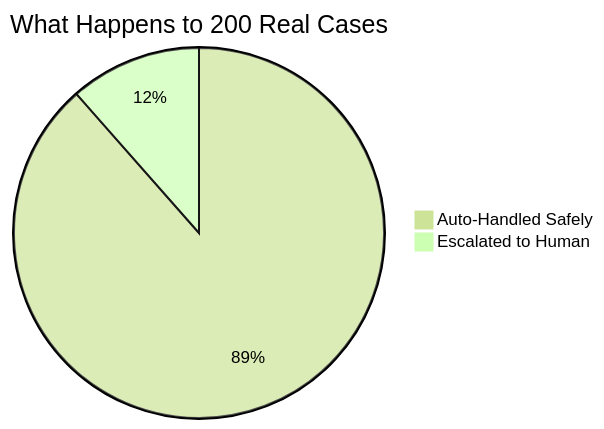
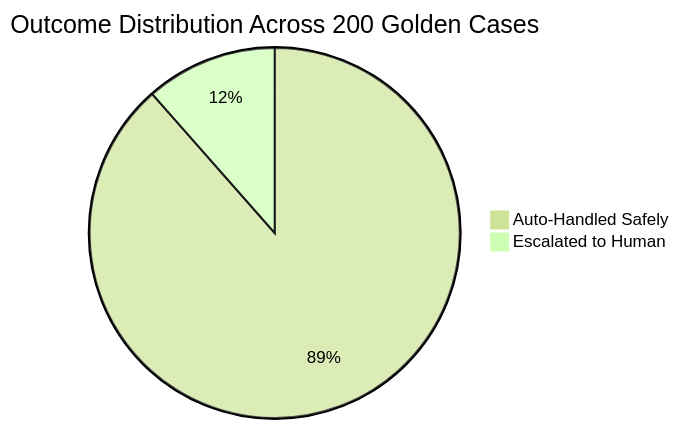
The second of 5 diagrams in README.md (dp177/evidence-grounded-support-agent), drawn with Mermaid (forest theme) before and after one commit. The commit also changed other lines of this file and 298 other files, not shown here.

````diff
--- a/README.md
+++ b/README.md
@@ -196,5 +176,5 @@
 ```mermaid
-pie title What Happens to 200 Real Cases
+pie title Outcome Distribution Across 200 Golden Cases
     "Auto-Handled Safely" : 177
     "Escalated to Human" : 23
 ```
````
